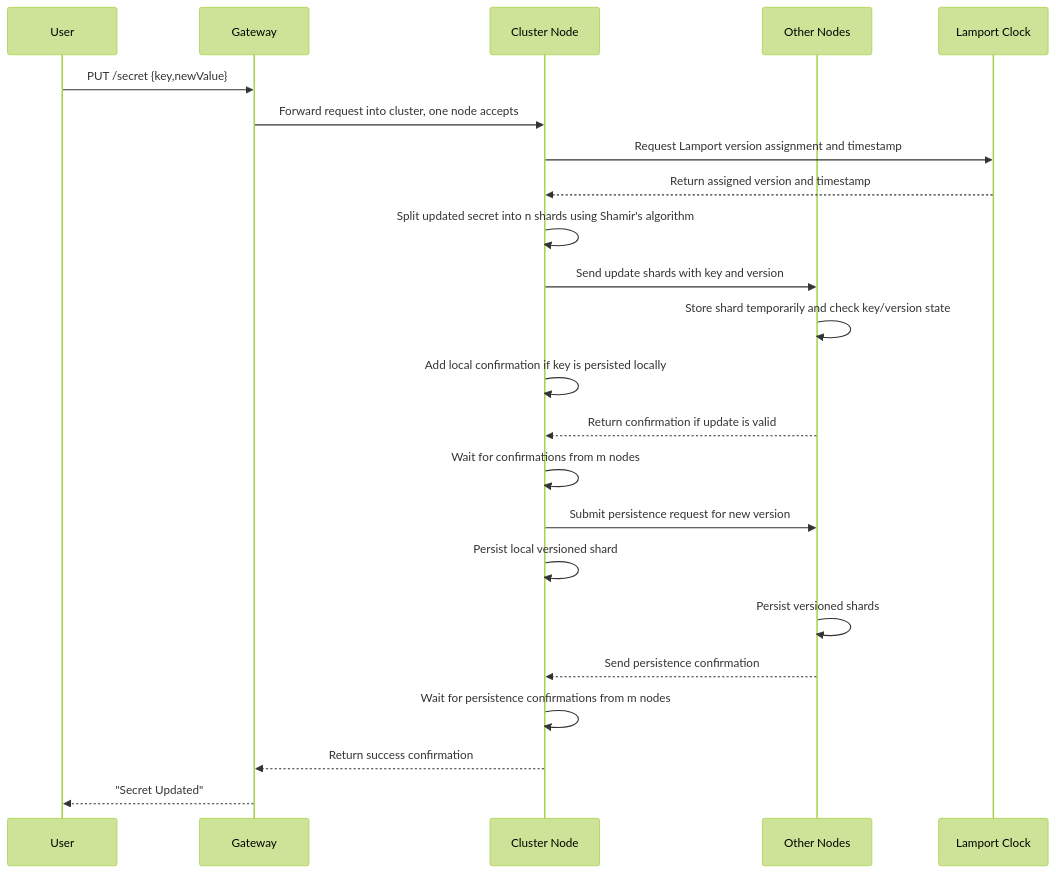
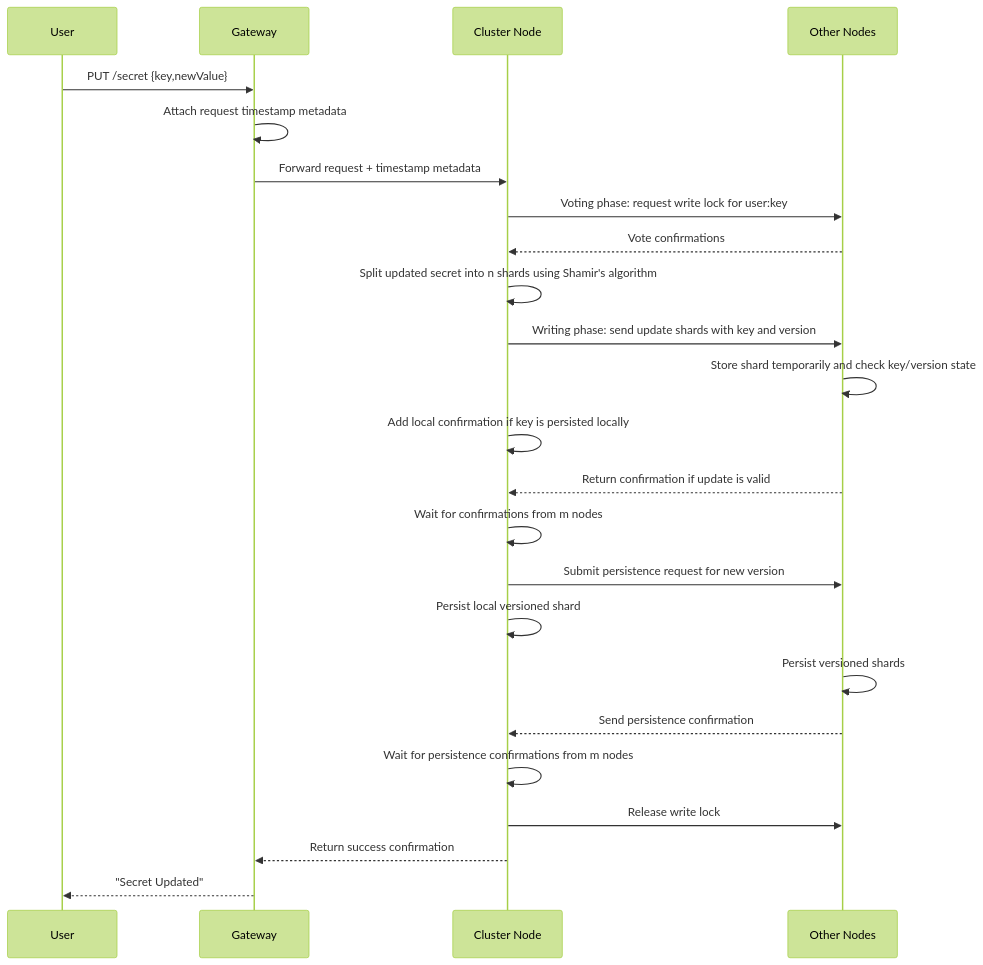
The first of 2 diagrams in docs/crud/update.md (S26-Distributed-Capstone/DistributedSecretsVault), drawn with Mermaid (forest theme) before and after one commit. The commit also changed other lines of this file and 6 other files, not shown here.

````diff
--- a/docs/crud/update.md
+++ b/docs/crud/update.md
@@ -32,26 +33,26 @@
 ```mermaid
 sequenceDiagram
     participant User
     participant Gateway
     participant Node as Cluster Node
     participant Peers as Other Nodes
-    participant Clock as Lamport Clock
-
     User->>Gateway: PUT /secret {key,newValue}
-    Gateway->>Node: Forward request into cluster, one node accepts
-    Node->>Clock: Request Lamport version assignment and timestamp
-    Clock-->>Node: Return assigned version and timestamp
+    Gateway->>Gateway: Attach request timestamp metadata
+    Gateway->>Node: Forward request + timestamp metadata
+    Node->>Peers: Voting phase: request write lock for user:key
+    Peers-->>Node: Vote confirmations
     Node->>Node: Split updated secret into n shards using Shamir's algorithm
-    Node->>Peers: Send update shards with key and version
+    Node->>Peers: Writing phase: send update shards with key and version
     Peers->>Peers: Store shard temporarily and check key/version state
     Node->>Node: Add local confirmation if key is persisted locally
     Peers-->>Node: Return confirmation if update is valid
     Node->>Node: Wait for confirmations from m nodes
     Node->>Peers: Submit persistence request for new version
     Node->>Node: Persist local versioned shard
     Peers->>Peers: Persist versioned shards
     Peers-->>Node: Send persistence confirmation
     Node->>Node: Wait for persistence confirmations from m nodes
+    Node->>Peers: Release write lock
     Node-->>Gateway: Return success confirmation
     Gateway-->>User: "Secret Updated"
 ```
````
